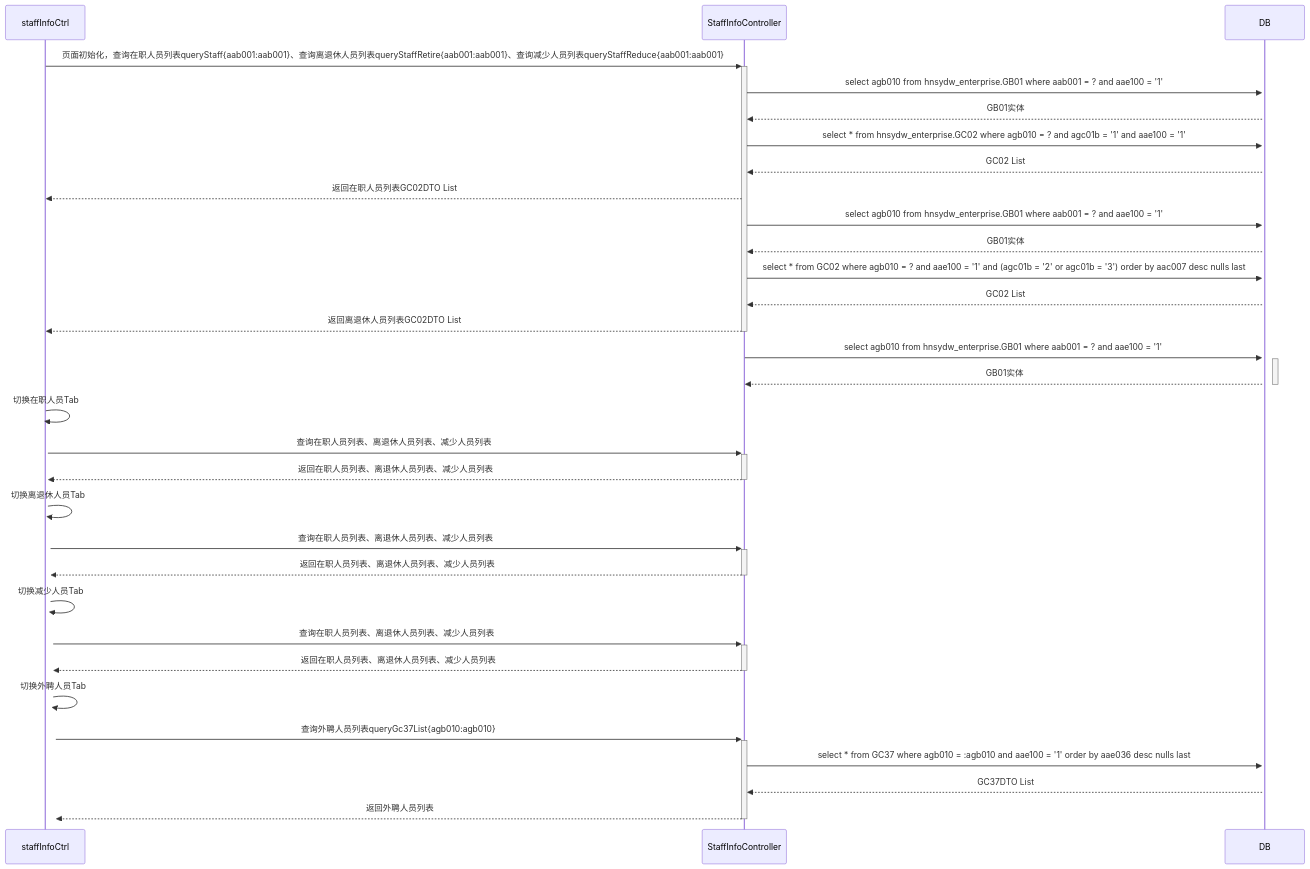
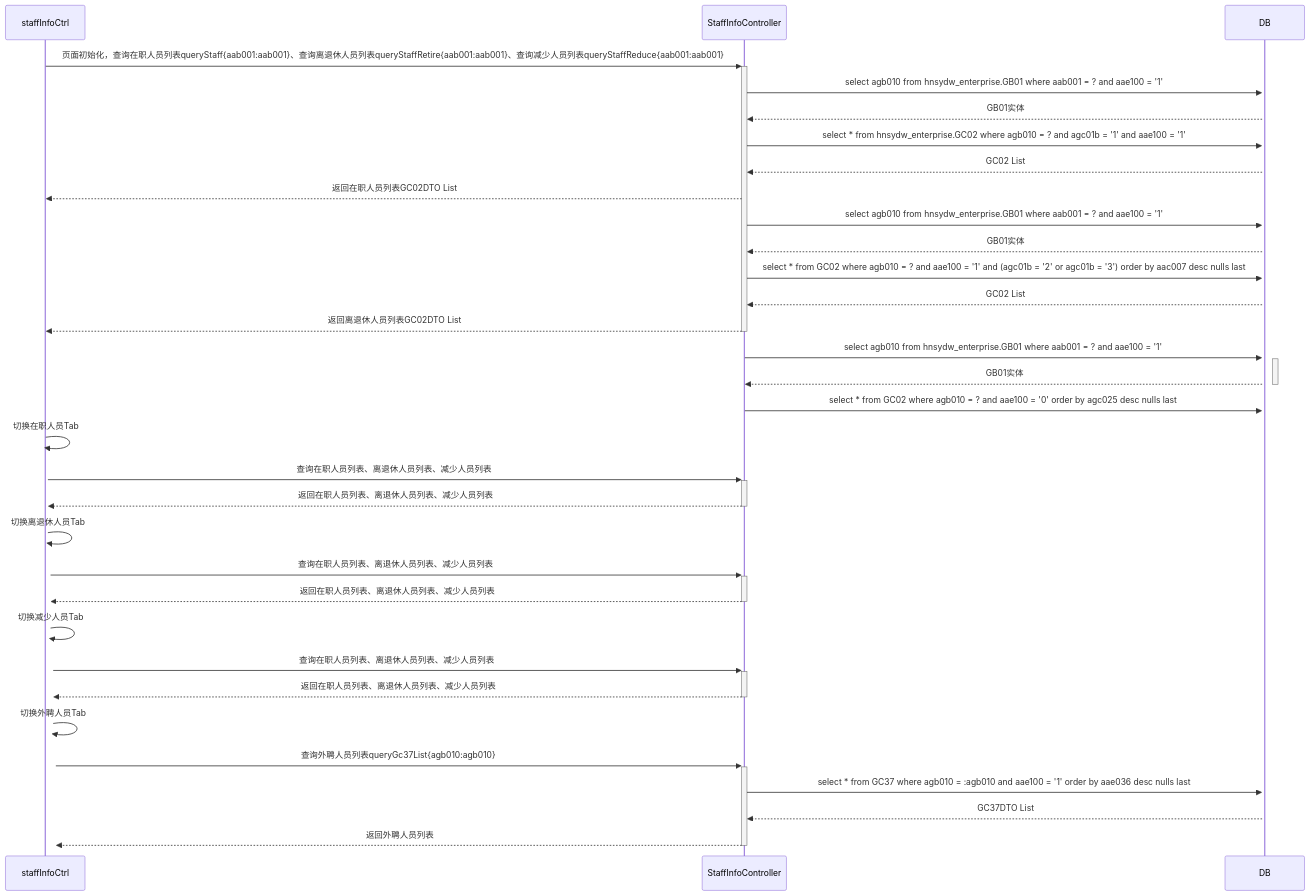
One commit to ZhangJianBeiJing/iodraw-files changed the diagram in all/人员基本信息初始化页面多Tab调用业务流程.md. Above: the diagram before and after it, drawn with Mermaid.

Commit message:
2025-03-25 10:56:17 update

````diff
--- a/all/人员基本信息初始化页面多Tab调用业务流程.md
+++ b/all/人员基本信息初始化页面多Tab调用业务流程.md
@@ -1,37 +1,37 @@
 ```mermaid
 sequenceDiagram
     staffInfoCtrl->>+StaffInfoController: 页面初始化，查询在职人员列表queryStaff{aab001:aab001}、查询离退休人员列表queryStaffRetire{aab001:aab001}、查询减少人员列表queryStaffReduce{aab001:aab001}
     
     StaffInfoController->>+DB:select agb010 from hnsydw_enterprise.GB01 where aab001 = ? and aae100 = '1'
     DB-->>StaffInfoController:GB01实体
     StaffInfoController->>+DB:select * from hnsydw_enterprise.GC02 where agb010 = ? and agc01b = '1' and aae100 = '1'
     DB-->>StaffInfoController:GC02 List
     StaffInfoController-->>staffInfoCtrl:返回在职人员列表GC02DTO List
     
     StaffInfoController->>+DB:select agb010 from hnsydw_enterprise.GB01 where aab001 = ? and aae100 = '1'
     DB-->>StaffInfoController:GB01实体
     StaffInfoController->>+DB:select * from GC02 where agb010 = ? and aae100 = '1' and (agc01b = '2' or agc01b = '3') order by aac007 desc nulls last 
     DB-->>StaffInfoController:GC02 List
     StaffInfoController-->>-staffInfoCtrl:返回离退休人员列表GC02DTO List
 
     StaffInfoController->>+DB:select agb010 from hnsydw_enterprise.GB01 where aab001 = ? and aae100 = '1'
     DB-->>-StaffInfoController:GB01实体
-    %% StaffInfoController->>+DB:select * from GC02 where agb010 = ? and aae100 = '0' order by agc025 desc nulls last 
+    StaffInfoController->>+DB:select * from GC02 where agb010 = ? and aae100 = '0' order by agc025 desc nulls last 
     %% DB-->>-StaffInfoController:GC02 List
     %% StaffInfoController-->>-staffInfoCtrl:返回减少人员列表GC02DTO List
 
     staffInfoCtrl->>+staffInfoCtrl:切换在职人员Tab
     staffInfoCtrl->>+StaffInfoController:查询在职人员列表、离退休人员列表、减少人员列表
     StaffInfoController-->>-staffInfoCtrl:返回在职人员列表、离退休人员列表、减少人员列表
     staffInfoCtrl->>+staffInfoCtrl:切换离退休人员Tab
     staffInfoCtrl->>+StaffInfoController:查询在职人员列表、离退休人员列表、减少人员列表
     StaffInfoController-->>-staffInfoCtrl:返回在职人员列表、离退休人员列表、减少人员列表
     staffInfoCtrl->>+staffInfoCtrl:切换减少人员Tab
     staffInfoCtrl->>+StaffInfoController:查询在职人员列表、离退休人员列表、减少人员列表
     StaffInfoController-->>-staffInfoCtrl:返回在职人员列表、离退休人员列表、减少人员列表
     staffInfoCtrl->>+staffInfoCtrl:切换外聘人员Tab
     staffInfoCtrl->>+StaffInfoController:查询外聘人员列表queryGc37List{agb010:agb010}
     StaffInfoController->>+DB:select * from GC37 where agb010 = :agb010 and aae100 = '1' order by aae036 desc nulls last
     DB-->>StaffInfoController:GC37DTO List 
     StaffInfoController-->>-staffInfoCtrl:返回外聘人员列表
 ```
````
